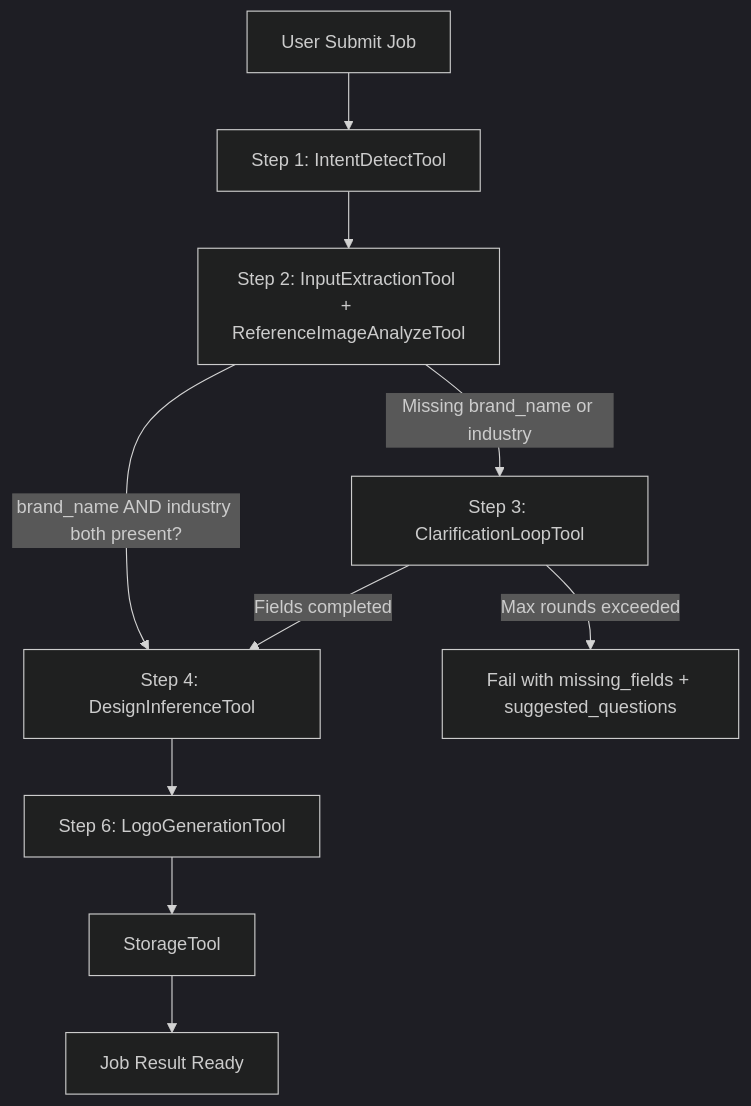
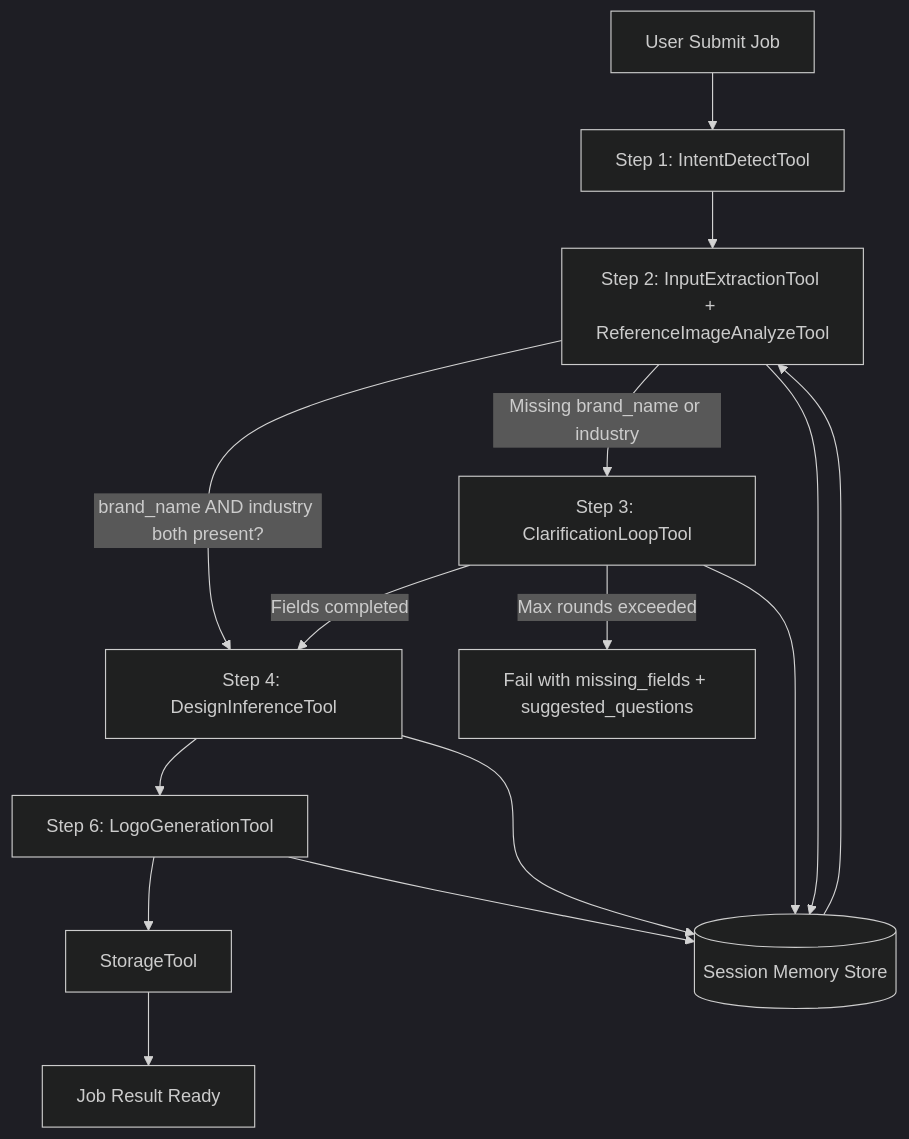
The first of 6 diagrams in architecture.md (Ne4nf/Agent-Memory), drawn with Mermaid (dark theme) before and after one commit. The commit also changed other lines of this file, not shown here.

````diff
--- a/architecture.md
+++ b/architecture.md
@@ -92,12 +79,17 @@
 ```mermaid
 flowchart TD
   A[User Submit Job] --> B[Step 1: IntentDetectTool]
+  M[(Session Memory Store)] --> C
   B --> C[Step 2: InputExtractionTool + ReferenceImageAnalyzeTool]
   C -->|brand_name AND industry both present?| F[Step 4: DesignInferenceTool]
   C -->|Missing brand_name or industry| E[Step 3: ClarificationLoopTool]
   E -->|Fields completed| F
   E -->|Max rounds exceeded| J[Fail with missing_fields + suggested_questions]
+  C --> M
+  E --> M
   F --> G[Step 6: LogoGenerationTool]
+  F --> M
   G --> H[StorageTool]
+  G --> M
   H --> I[Job Result Ready]
 ```
````
